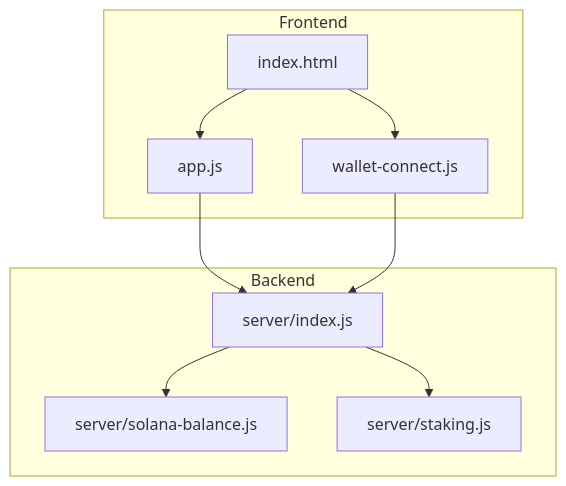
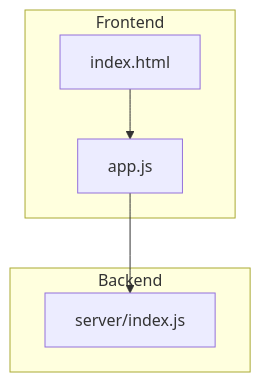
One commit to RunTimeAdmin/tri-ai changed the first of 5 diagrams in .qoder/repowiki/en/content/Blockchain Integration/Blockchain Integration.md. Above: the diagram before and after it, drawn with Mermaid. The commit also changed other lines of this file and 46 other files, not shown here.

````diff
--- a/.qoder/repowiki/en/content/Blockchain Integration/Blockchain Integration.md
+++ b/.qoder/repowiki/en/content/Blockchain Integration/Blockchain Integration.md
@@ -41,19 +41,12 @@
 ```mermaid
 graph TB
 subgraph "Frontend"
 UI["index.html"]
-WC["wallet-connect.js"]
 APP["app.js"]
 end
 subgraph "Backend"
 SRV["server/index.js"]
-BAL["server/solana-balance.js"]
-STAKE["server/staking.js"]
 end
-UI --> WC
 UI --> APP
 APP --> SRV
-WC --> SRV
-SRV --> BAL
-SRV --> STAKE
 ```
````
